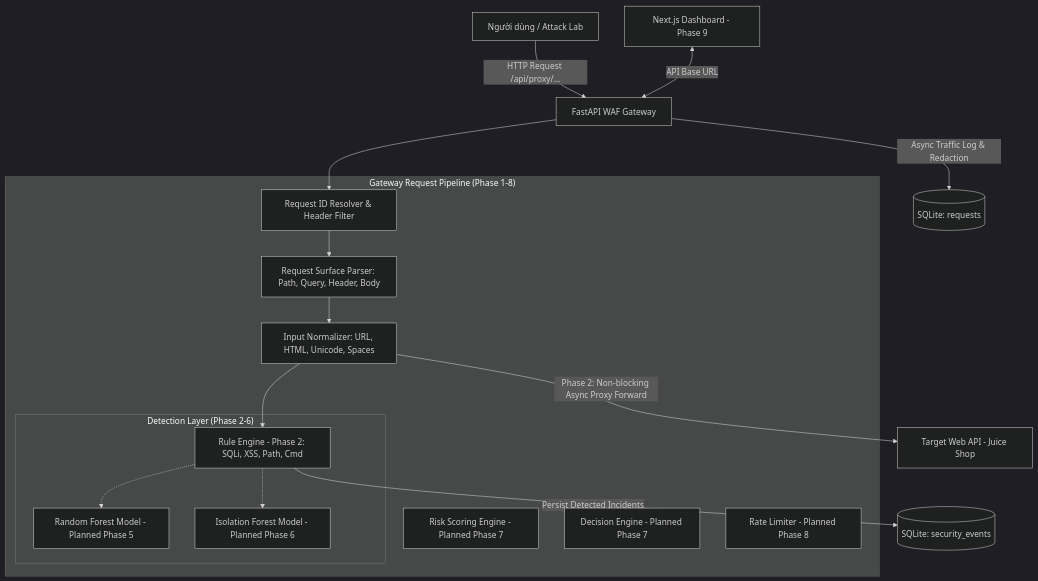
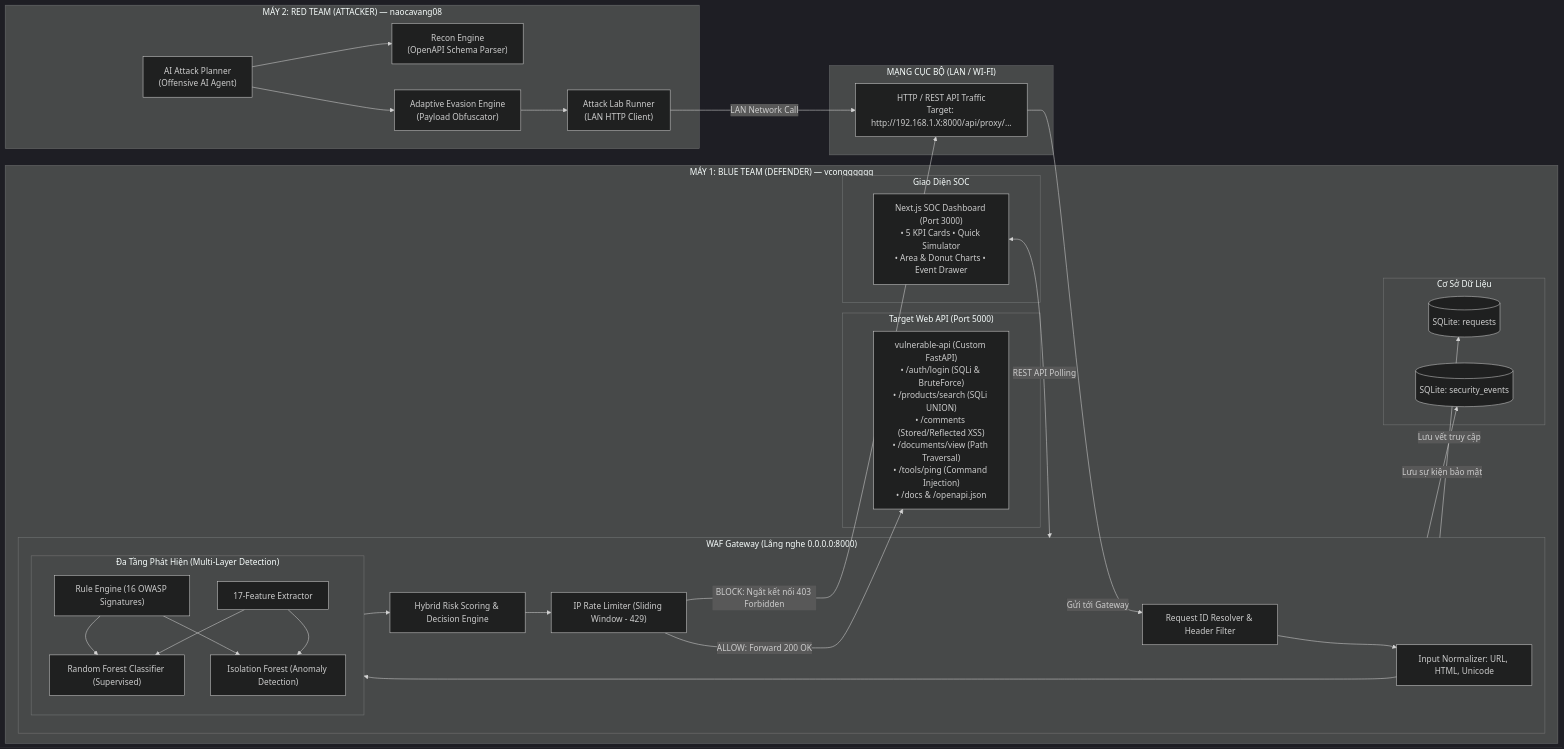
The diagram in docs/ARCHITECTURE.md (vcongggggg/pbl6), drawn with Mermaid (dark theme) before and after one commit. The commit also changed other lines of this file and 7 other files, not shown here.

Commit message:
docs: update architecture to distributed 2-machine cyber range and in-house vulnerable-api

````diff
--- a/docs/ARCHITECTURE.md
+++ b/docs/ARCHITECTURE.md
@@ -7,34 +13,62 @@
 ```mermaid
-graph TD
-    Client[Người dùng / Attack Lab] -->|HTTP Request /api/proxy/...| Gateway[FastAPI WAF Gateway]
-    
-    subgraph Gateway_Pipeline["Gateway Request Pipeline (Phase 1-8)"]
-        ReqID[Request ID Resolver & Header Filter]
-        Parser[Request Surface Parser: Path, Query, Header, Body]
-        Normalizer[Input Normalizer: URL, HTML, Unicode, Spaces]
+graph LR
+    subgraph Machine2["MÁY 2: RED TEAM (ATTACKER) — naocavang08"]
+        AI_Planner["AI Attack Planner\n(Offensive AI Agent)"]
+        Recon["Recon Engine\n(OpenAPI Schema Parser)"]
+        Evasion["Adaptive Evasion Engine\n(Payload Obfuscator)"]
+        AttackEngine["Attack Lab Runner\n(LAN HTTP Client)"]
         
-        subgraph Detection_Engines["Detection Layer (Phase 2-6)"]
-            RuleEngine[Rule Engine - Phase 2: SQLi, XSS, Path, Cmd]
-            RFEngine[Random Forest Model - Planned Phase 5]
-            IFEngine[Isolation Forest Model - Planned Phase 6]
+        AI_Planner --> Recon
+        AI_Planner --> Evasion
+        Evasion --> AttackEngine
+    end
+
+    subgraph LAN["MẠNG CỤC BỘ (LAN / WI-FI)"]
+        LAN_Traffic["HTTP / REST API Traffic\nTarget: http://192.168.1.X:8000/api/proxy/..."]
+    end
+
+    subgraph Machine1["MÁY 1: BLUE TEAM (DEFENDER) — vcongggggg"]
+        subgraph Gateway["WAF Gateway (Lắng nghe 0.0.0.0:8000)"]
+            ReqID["Request ID Resolver & Header Filter"]
+            Normalizer["Input Normalizer: URL, HTML, Unicode"]
+            
+            subgraph DetectionLayer["Đa Tầng Phát Hiện (Multi-Layer Detection)"]
+                RuleEngine["Rule Engine (16 OWASP Signatures)"]
+                FeatureExt["17-Feature Extractor"]
+                RFEngine["Random Forest Classifier (Supervised)"]
+                IFEngine["Isolation Forest (Anomaly Detection)"]
+            end
+            
+            RiskEngine["Hybrid Risk Scoring & Decision Engine"]
+            RateLimiter["IP Rate Limiter (Sliding Window - 429)"]
         end
         
-        RiskEngine[Risk Scoring Engine - Planned Phase 7]
-        DecisionEngine[Decision Engine - Planned Phase 7]
-        RateLimiter[Rate Limiter - Planned Phase 8]
+        subgraph TargetService["Target Web API (Port 5000)"]
+            VulnAPI["vulnerable-api (Custom FastAPI)\n• /auth/login (SQLi & BruteForce)\n• /products/search (SQLi UNION)\n• /comments (Stored/Reflected XSS)\n• /documents/view (Path Traversal)\n• /tools/ping (Command Injection)\n• /docs & /openapi.json"]
+        end
+        
+        subgraph Storage["Cơ Sở Dữ Liệu"]
+            DB_Req[("SQLite: requests")]
+            DB_Sec[("SQLite: security_events")]
+        end
+        
+        subgraph Monitoring["Giao Diện SOC"]
+            Dashboard["Next.js SOC Dashboard (Port 3000)\n• 5 KPI Cards • Quick Simulator\n• Area & Donut Charts • Event Drawer"]
+        end
     end
+
+    AttackEngine -->|LAN Network Call| LAN_Traffic
+    LAN_Traffic -->|Gửi tới Gateway| ReqID
+    ReqID --> Normalizer
+    Normalizer --> DetectionLayer
+    RuleEngine & FeatureExt --> RFEngine & IFEngine
+    DetectionLayer --> RiskEngine
+    RiskEngine --> RateLimiter
     
-    Gateway --> ReqID
-    ReqID --> Parser
-    Parser --> Normalizer
-    Normalizer --> RuleEngine
-    RuleEngine -.-> RFEngine
-    RuleEngine -.-> IFEngine
+    RateLimiter -->|ALLOW: Forward 200 OK| VulnAPI
+    RateLimiter -->|BLOCK: Ngắt kết nối 403 Forbidden| LAN_Traffic
     
-    RuleEngine -->|Persist Detected Incidents| DB_Sec[(SQLite: security_events)]
-    
-    Normalizer -->|Phase 2: Non-blocking Async Proxy Forward| Target[Target Web API - Juice Shop]
-    
-    Gateway -->|Async Traffic Log & Redaction| DB_Req[(SQLite: requests)]
-    Dashboard[Next.js Dashboard - Phase 9] <-->|API Base URL| Gateway
+    Gateway -->|Lưu vết truy cập| DB_Req
+    Gateway -->|Lưu sự kiện bảo mật| DB_Sec
+    Dashboard <-->|REST API Polling| Gateway
 ```
````
